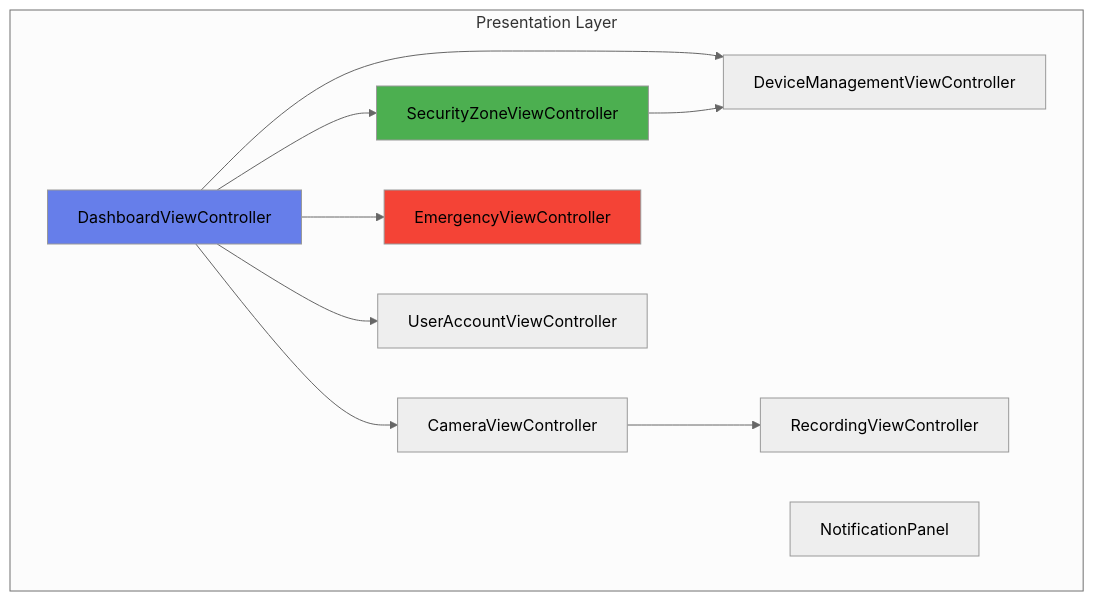
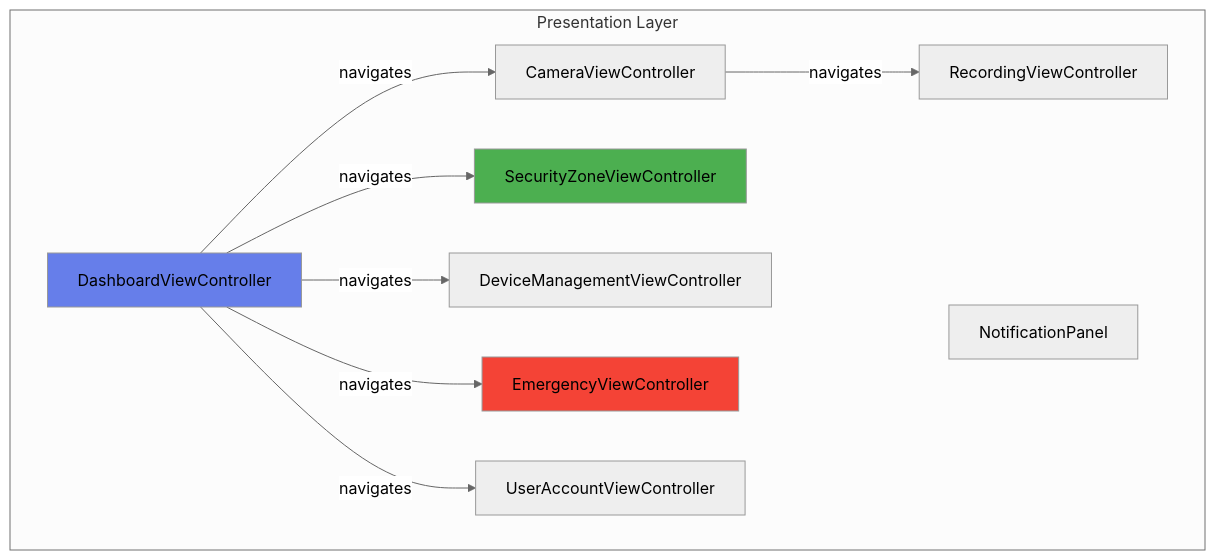
The first of 10 diagrams in diagrams/presentation_class_diagram.md (mj010101/swe_25f), drawn with Mermaid (neutral theme) before and after one commit. The commit also changed other lines of this file and 4 other files, not shown here.

````diff
--- a/diagrams/presentation_class_diagram.md
+++ b/diagrams/presentation_class_diagram.md
@@ -21,25 +21,24 @@
 ```mermaid
 graph TB
     subgraph "Presentation Layer"
         DVC[DashboardViewController]
         CVC[CameraViewController]
         SZVC[SecurityZoneViewController]
         DMVC[DeviceManagementViewController]
         EVC[EmergencyViewController]
         UAVC[UserAccountViewController]
         RVC[RecordingViewController]
         NP[NotificationPanel]
     end
 
-    DVC --> SZVC
-    DVC --> CVC
-    DVC --> DMVC
-    DVC --> EVC
-    DVC --> UAVC
-    CVC --> RVC
-    SZVC --> DMVC
+    DVC -->|navigates| CVC
+    DVC -->|navigates| SZVC
+    DVC -->|navigates| DMVC
+    DVC -->|navigates| EVC
+    DVC -->|navigates| UAVC
+    CVC -->|navigates| RVC
 
     style DVC fill:#667eea
     style EVC fill:#F44336
     style SZVC fill:#4CAF50
 ```
````
